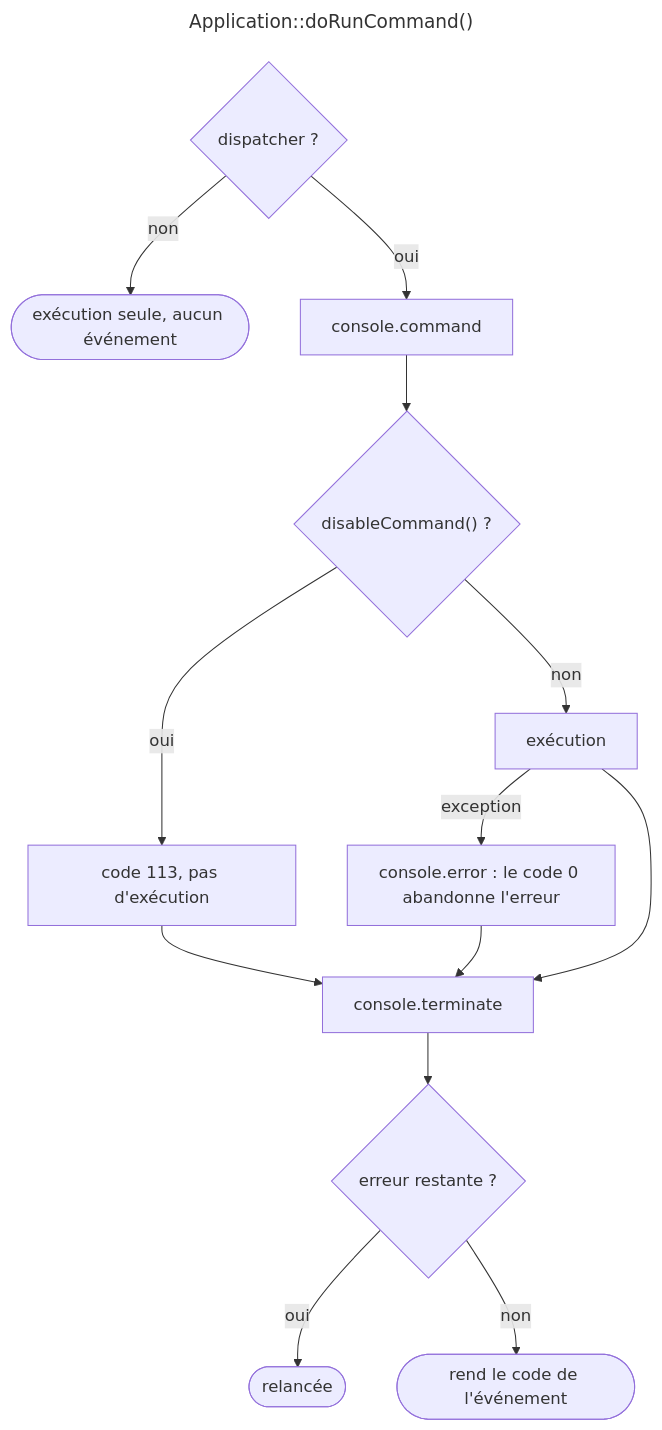
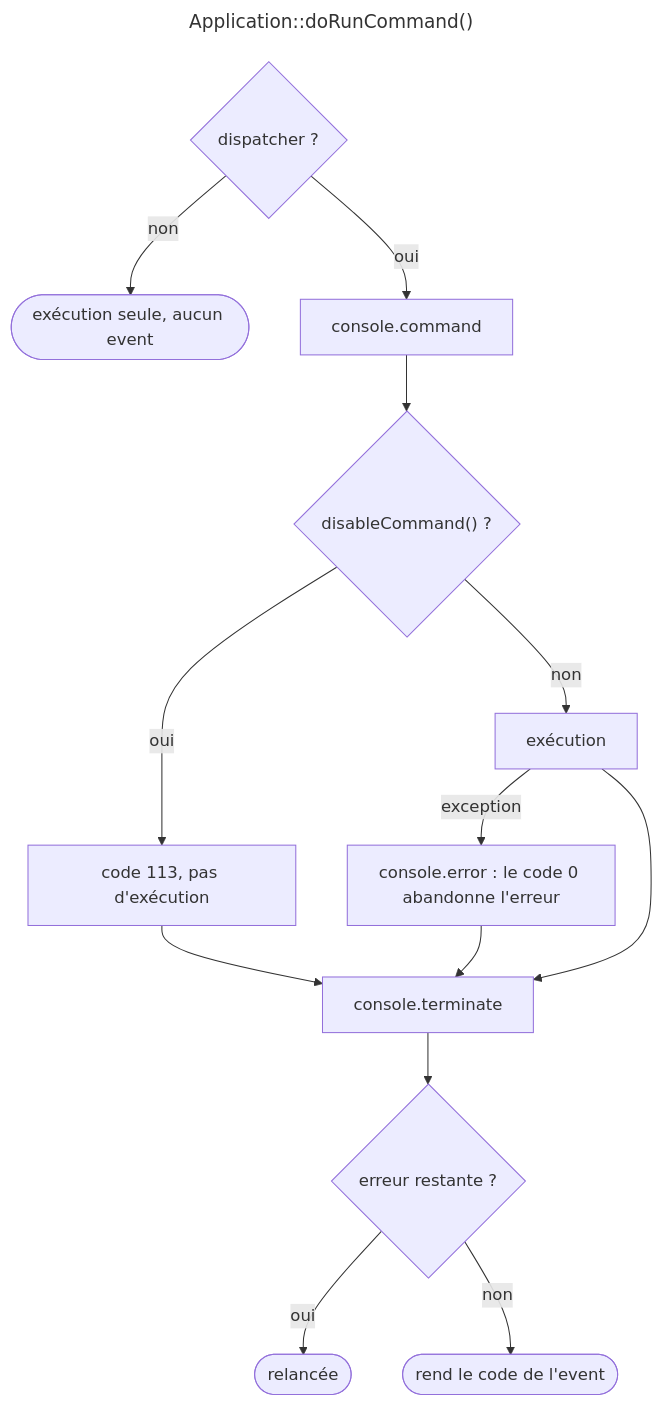
Before and after one commit to jasserYahyaoui/Symfony-8-Certification-Path: the diagram in content/courses/CRS-y0zc67f3e5zk.md, drawn with Mermaid. The commit also changed other lines of this file and 207 other files, not shown here.

````diff
--- a/content/courses/CRS-y0zc67f3e5zk.md
+++ b/content/courses/CRS-y0zc67f3e5zk.md
@@ -60,20 +60,20 @@
 ```mermaid
 ---
 title: Application::doRunCommand()
 ---
 flowchart TD
-  accTitle: L'ordre des événements autour d'une commande console
-  accDescr: Sans dispatcher, la commande s'exécute seule, sans aucun événement. Avec un dispatcher, console.command est dispatché. Si un écouteur appelle disableCommand(), la commande n'est pas exécutée et le code vaut 113. Sinon elle s'exécute. Une exception mène à console.error, où poser le code 0 abandonne l'erreur. Dans tous les cas console.terminate est dispatché, puis l'erreur restante est relancée, ou le code de sortie de l'événement est rendu.
-  D{"dispatcher ?"} -->|"non"| ALONE(["exécution seule, aucun événement"])
+  accTitle: L'ordre des events autour d'une command console
+  accDescr: Sans dispatcher, la command s'exécute seule, sans aucun event. Avec un dispatcher, console.command est dispatché. Si un listener appelle disableCommand(), la command n'est pas exécutée et le code vaut 113. Sinon elle s'exécute. Une exception mène à console.error, où poser le code 0 abandonne l'erreur. Dans tous les cas console.terminate est dispatché, puis l'erreur restante est relancée, ou le code de sortie de l'event est rendu.
+  D{"dispatcher ?"} -->|"non"| ALONE(["exécution seule, aucun event"])
   D -->|"oui"| CMD["console.command"]
   CMD --> DIS{"disableCommand() ?"}
   DIS -->|"oui"| C113["code 113, pas d'exécution"]
   DIS -->|"non"| RUN["exécution"]
   RUN -->|"exception"| ERR["console.error : le code 0 abandonne l'erreur"]
   RUN --> TERM["console.terminate"]
   C113 --> TERM
   ERR --> TERM
   TERM --> OUT{"erreur restante ?"}
   OUT -->|"oui"| THROW(["relancée"])
-  OUT -->|"non"| CODE(["rend le code de l'événement"])
+  OUT -->|"non"| CODE(["rend le code de l'event"])
 ```
````
